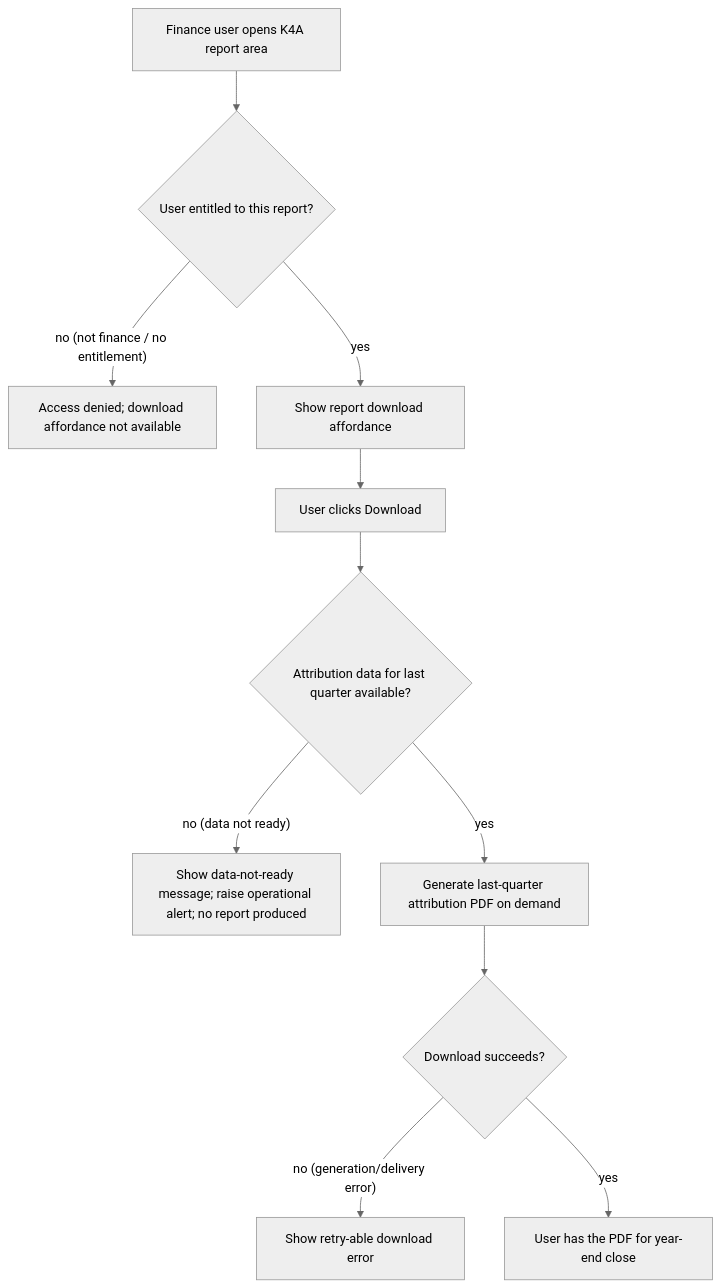
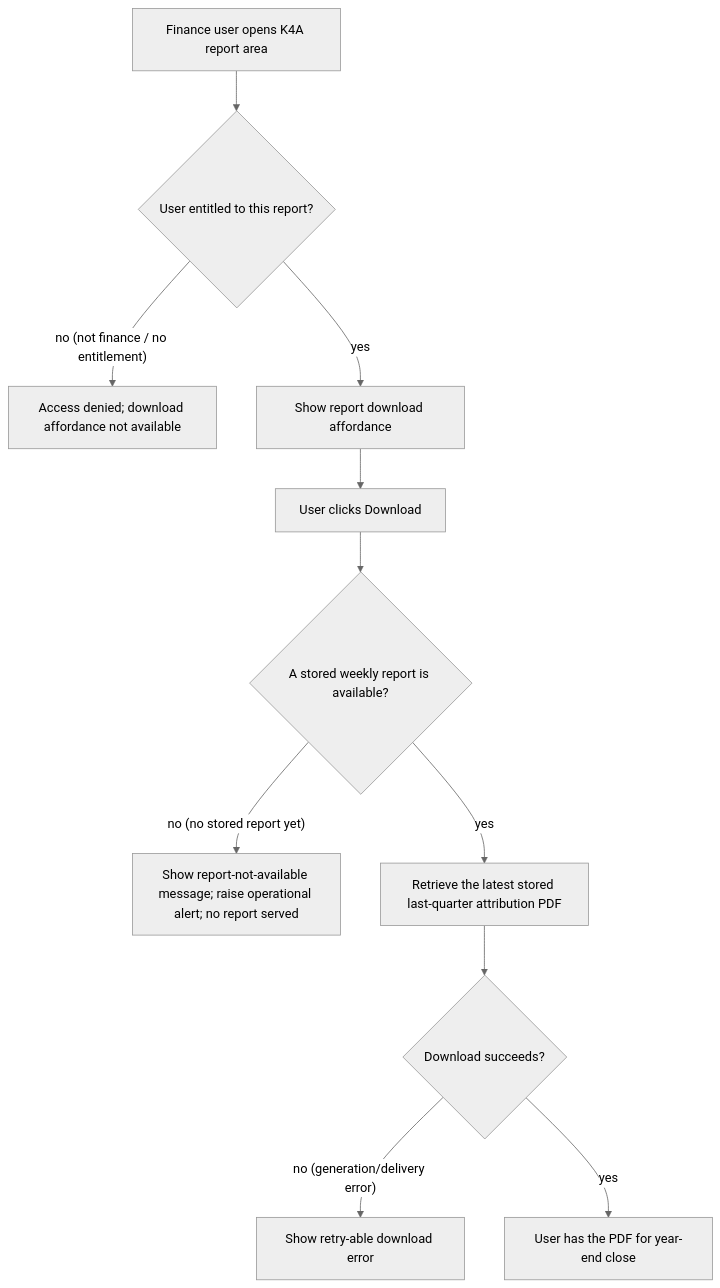
The diagram in docs/16-PRDs/079-k4a-add-weekly-attribution-report-pdf-download/product-spec.md (mayank-kochava/aisdlc-docs-sandbox), drawn with Mermaid (neutral theme) before and after one commit. The commit also changed other lines of this file and 2 other files, not shown here.

````diff
--- a/docs/16-PRDs/079-k4a-add-weekly-attribution-report-pdf-download/product-spec.md
+++ b/docs/16-PRDs/079-k4a-add-weekly-attribution-report-pdf-download/product-spec.md
@@ -41,13 +41,13 @@
 ```mermaid
 flowchart TD
     F["Finance user opens K4A report area"] --> G{"User entitled to this report?"}
     G -->|"no (not finance / no entitlement)"| H["Access denied; download affordance not available"]
     G -->|"yes"| I["Show report download affordance"]
     I --> J["User clicks Download"]
-    J --> B{"Attribution data for last quarter available?"}
-    B -->|"no (data not ready)"| C["Show data-not-ready message; raise operational alert; no report produced"]
-    B -->|"yes"| D["Generate last-quarter attribution PDF on demand"]
+    J --> B{"A stored weekly report is available?"}
+    B -->|"no (no stored report yet)"| C["Show report-not-available message; raise operational alert; no report served"]
+    B -->|"yes"| D["Retrieve the latest stored last-quarter attribution PDF"]
     D --> N{"Download succeeds?"}
     N -->|"no (generation/delivery error)"| O["Show retry-able download error"]
     N -->|"yes"| P["User has the PDF for year-end close"]
 ```
````
